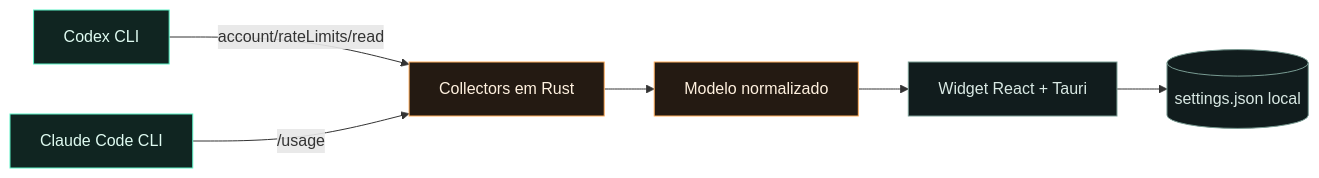
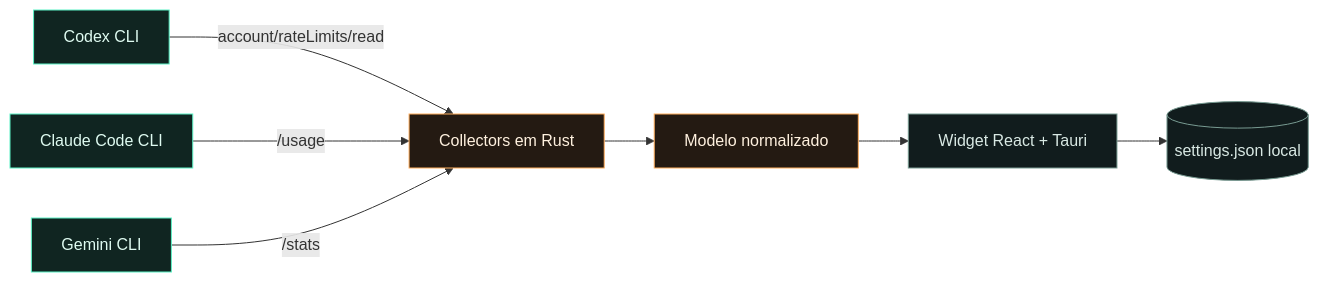
The diagram in README.md (IsaacRop/LLM-Usage), drawn with Mermaid before and after one commit. The commit also changed other lines of this file and 2 other files, not shown here.

Commit message:
docs: document Gemini and provider visibility

````diff
--- a/README.md
+++ b/README.md
@@ -42,15 +43,16 @@
 ```mermaid
 flowchart LR
     C[Codex CLI] -->|account/rateLimits/read| R[Collectors em Rust]
     A[Claude Code CLI] -->|/usage| R
+    G[Gemini CLI] -->|/stats| R
     R --> N[Modelo normalizado]
     N --> U[Widget React + Tauri]
     U --> S[(settings.json local)]
 
     classDef provider fill:#102521,stroke:#5af2c5,color:#dffbf1;
     classDef core fill:#241a12,stroke:#ffae5d,color:#fff1df;
     classDef ui fill:#111c1d,stroke:#789b92,color:#d9e9e4;
-    class C,A provider;
+    class C,A,G provider;
     class R,N core;
     class U,S ui;
 ```
````
